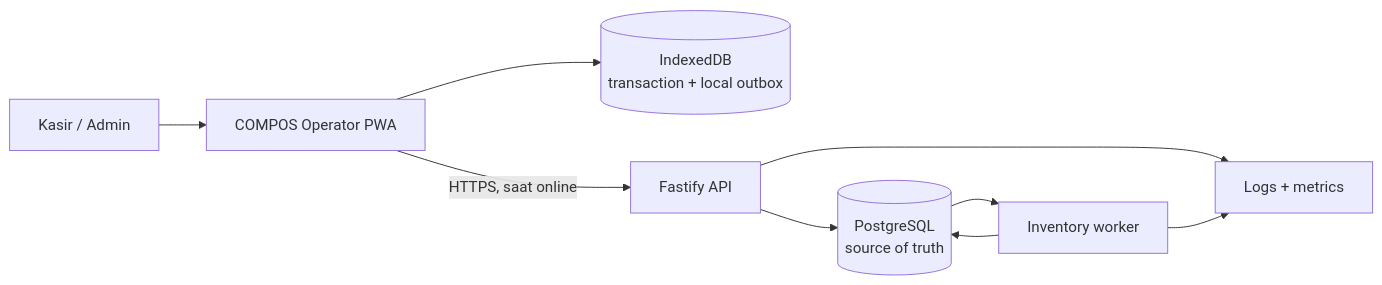
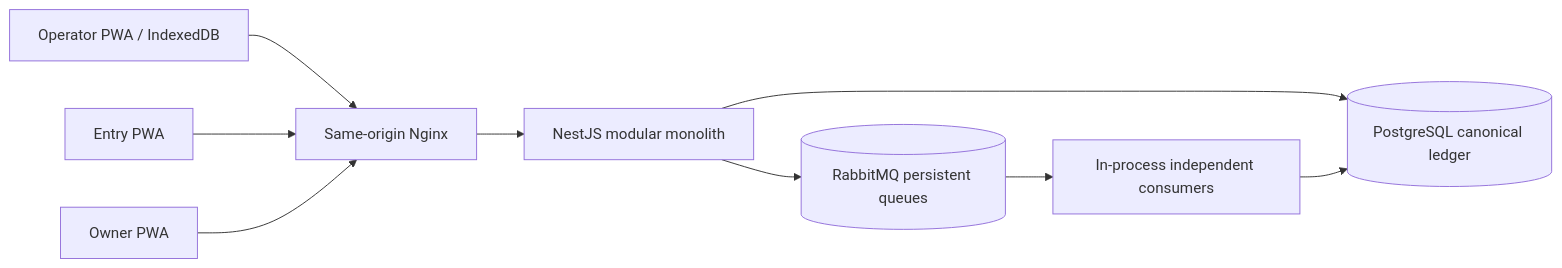
Before and after one commit to myudak/compos: the diagram in docs/system_architecture.md, drawn with Mermaid. The commit also changed other lines of this file and 226 other files, not shown here.

````diff
--- a/docs/system_architecture.md
+++ b/docs/system_architecture.md
@@ -5,11 +5,20 @@
 ```mermaid
 flowchart LR
-  Kasir["Kasir / Admin"] --> PWA["COMPOS Operator PWA"]
-  PWA --> IDB[("IndexedDB\ntransaction + local outbox")]
-  PWA -->|"HTTPS, saat online"| API["Fastify API"]
-  API --> PG[("PostgreSQL\nsource of truth")]
-  Worker["Inventory worker"] --> PG
-  PG --> Worker
-  API --> Obs["Logs + metrics"]
-  Worker --> Obs
+  Operator["Operator PWA / IndexedDB"]
+  Entry["Entry PWA"]
+  Owner["Owner PWA"]
+  Proxy["Same-origin Nginx"]
+  API["NestJS modular monolith"]
+  DB[("PostgreSQL canonical ledger")]
+  MQ[("RabbitMQ persistent queues")]
+  Consumer["In-process independent consumers"]
+
+  Operator --> Proxy
+  Entry --> Proxy
+  Owner --> Proxy
+  Proxy --> API
+  API --> DB
+  API --> MQ
+  MQ --> Consumer
+  Consumer --> DB
 ```
````
